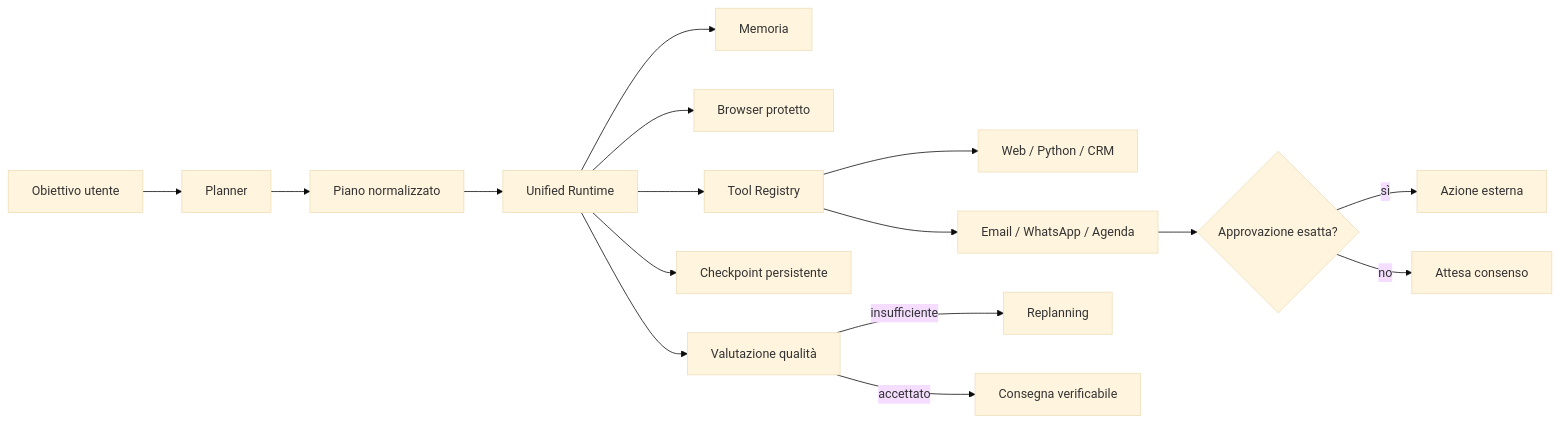
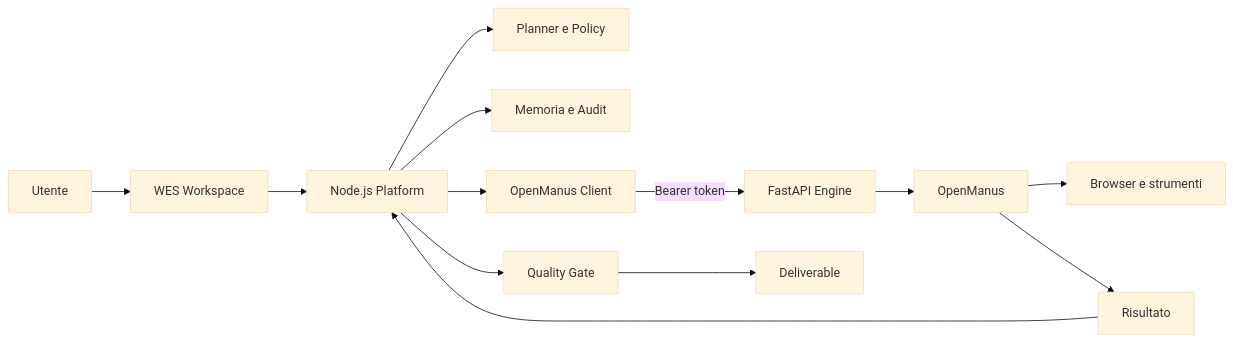
The diagram in README.md (walterzannoni90-netizen/piattaformaipersonale), drawn with Mermaid (base theme) before and after one commit. The commit also changed other lines of this file, not shown here.

Commit message:
Document OpenManus hybrid architecture

````diff
--- a/README.md
+++ b/README.md
@@ -42,18 +45,15 @@
 ```mermaid
 flowchart LR
-    U[Obiettivo utente] --> P[Planner]
-    P --> N[Piano normalizzato]
-    N --> R[Unified Runtime]
-    R --> M[Memoria]
-    R --> B[Browser protetto]
-    R --> T[Tool Registry]
-    T --> W[Web / Python / CRM]
-    T --> E[Email / WhatsApp / Agenda]
-    E --> A{Approvazione esatta?}
-    A -->|sì| X[Azione esterna]
-    A -->|no| H[Attesa consenso]
-    R --> C[Checkpoint persistente]
-    R --> Q[Valutazione qualità]
-    Q -->|insufficiente| RP[Replanning]
-    Q -->|accettato| D[Consegna verificabile]
+    U[Utente] --> UI[WES Workspace]
+    UI --> N[Node.js Platform]
+    N --> P[Planner e Policy]
+    N --> M[Memoria e Audit]
+    N --> O[OpenManus Client]
+    O -->|Bearer token| F[FastAPI Engine]
+    F --> OM[OpenManus]
+    OM --> B[Browser e strumenti]
+    OM --> R[Risultato]
+    R --> N
+    N --> Q[Quality Gate]
+    Q --> D[Deliverable]
 ```
````
